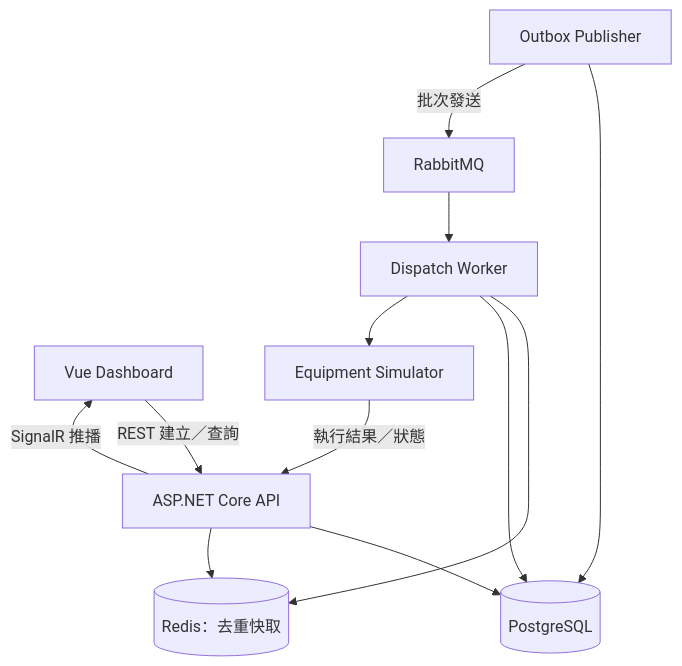
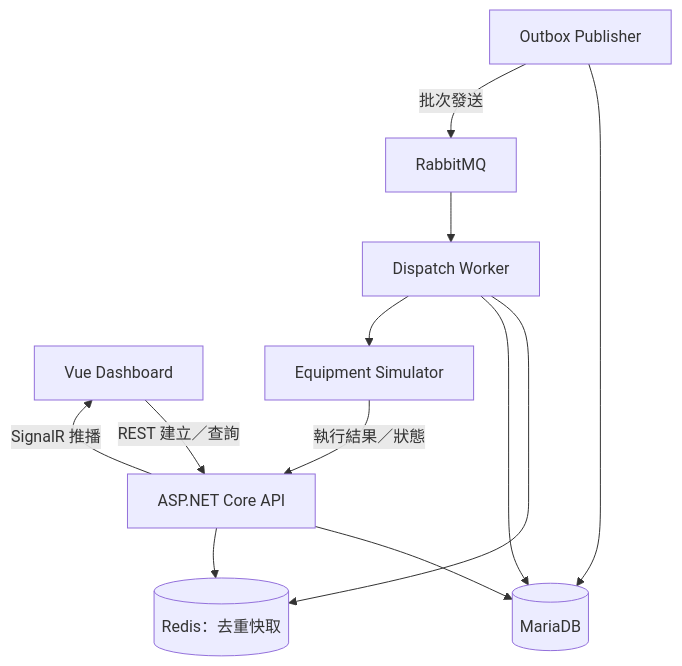
Before and after one commit to Shadow0607/MiniFactory: the first of 3 diagrams in README.md, drawn with Mermaid. The commit also changed other lines of this file and 251 other files, not shown here.

First line of the commit message:
Phase 1：基本流程（方案骨架、MariaDB 遷移、訂單 API、Vue 前端）

````diff
--- a/README.md
+++ b/README.md
@@ -42,14 +58,14 @@
 ```mermaid
 flowchart TD
   UI["Vue Dashboard"] -->|REST 建立／查詢| API["ASP.NET Core API"]
     API -->|SignalR 推播| UI
-  API --> DB[(PostgreSQL)]
+  API --> DB[(MariaDB)]
   API --> Redis[(Redis：去重快取)]
     Worker --> Redis
   Publisher["Outbox Publisher"] --> DB
   Publisher -->|批次發送| MQ["RabbitMQ"]
   MQ --> Worker["Dispatch Worker"]
     Worker --> DB
   Worker --> Sim["Equipment Simulator"]
     Sim -->|執行結果／狀態| API
 ```
````
